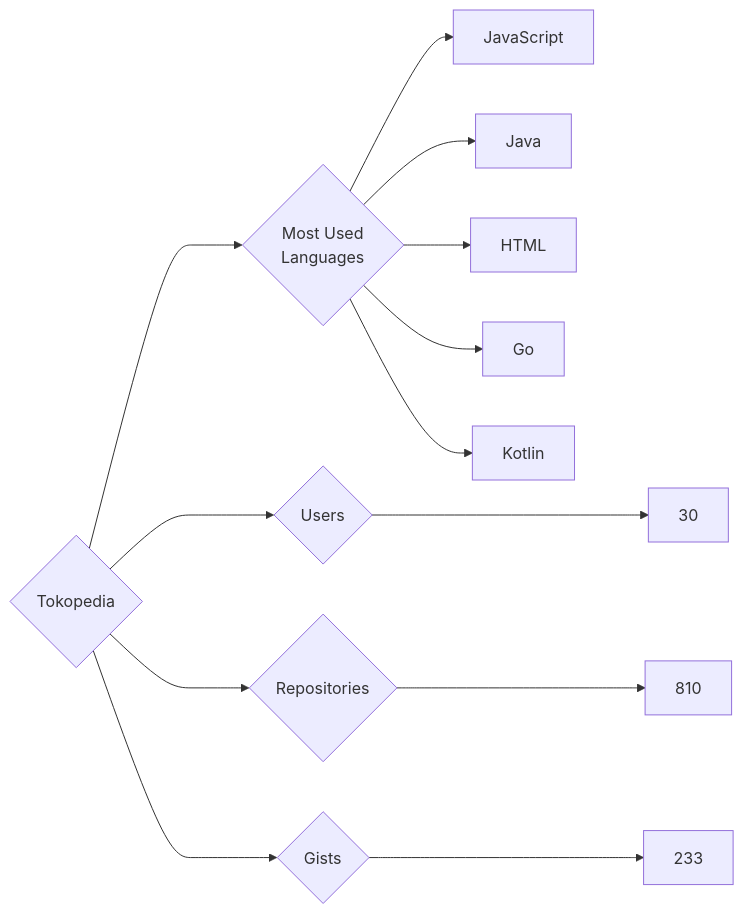
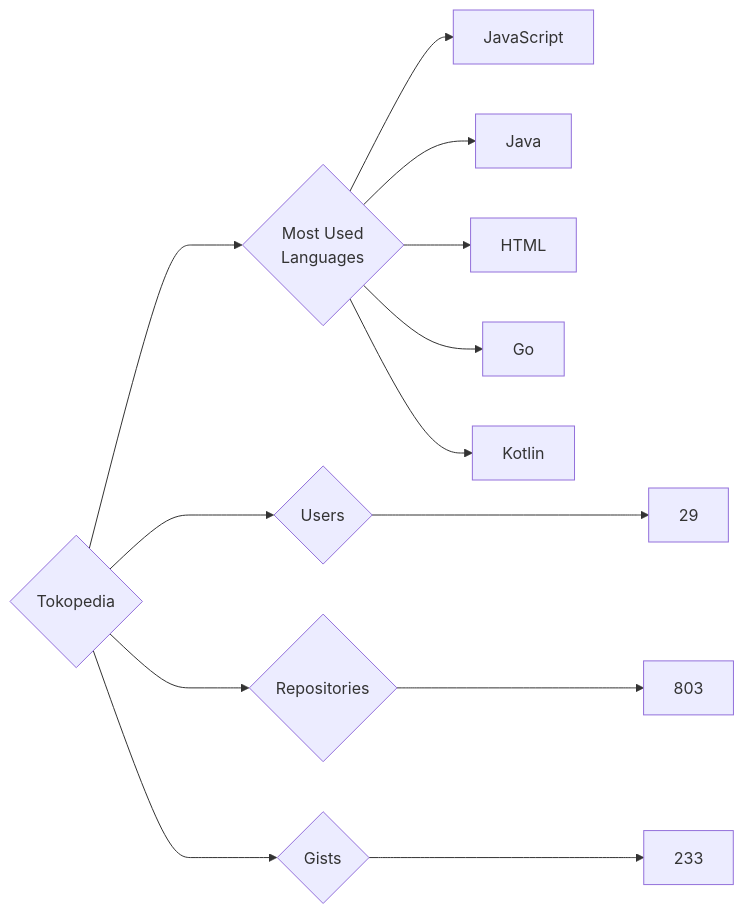
Before and after one commit to trickest/insiders: the diagram in targets/Tokopedia/README.md, drawn with Mermaid. The commit also changed 444 other files, not shown here.

````diff
--- a/targets/Tokopedia/README.md
+++ b/targets/Tokopedia/README.md
@@ -3,13 +3,13 @@
 ```mermaid
 graph LR
 COMPANY_NAME{Tokopedia}
-COMPANY_NAME ---> U{Users} ---> UN[30]
-COMPANY_NAME ---> R{Repositories} ---> RN[810]
+COMPANY_NAME ---> U{Users} ---> UN[29]
+COMPANY_NAME ---> R{Repositories} ---> RN[803]
 COMPANY_NAME ---> G{Gists} ---> GN[233]
 COMPANY_NAME ---> ML{Most Used<br>Languages}
 ML --> JavaScript[JavaScript]
 ML --> Java[Java]
 ML --> HTML[HTML]
 ML --> Go[Go]
 ML --> Kotlin[Kotlin]
 ```
````
